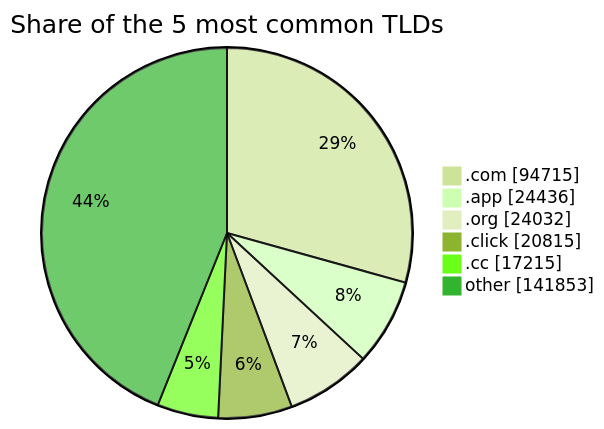
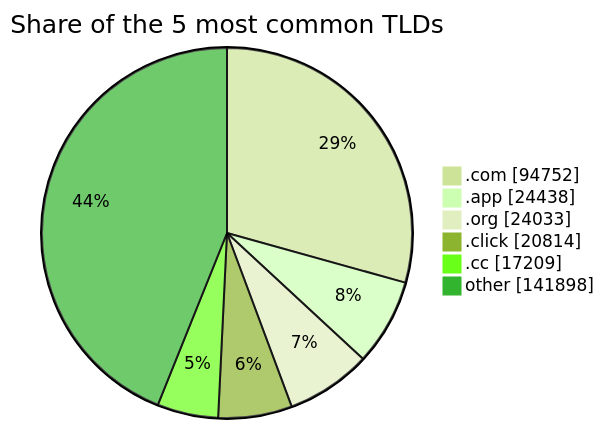
The third of 3 diagrams in README.md (DNSBunker/CTI), drawn with Mermaid (forest theme) before and after one commit. The commit also changed other lines of this file and 4 other files, not shown here.

````diff
--- a/README.md
+++ b/README.md
@@ -81,9 +81,9 @@
 ```mermaid
 pie showData title Share of the 5 most common TLDs
-    ".com" : 94715
-    ".app" : 24436
-    ".org" : 24032
-    ".click" : 20815
-    ".cc" : 17215
-    "other" : 141853
+    ".com" : 94752
+    ".app" : 24438
+    ".org" : 24033
+    ".click" : 20814
+    ".cc" : 17209
+    "other" : 141898
 ```
````
